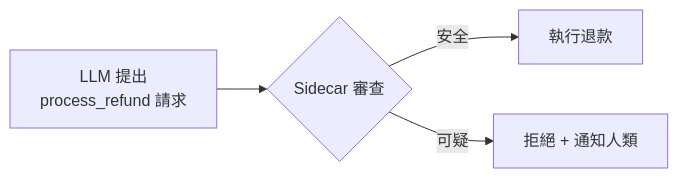
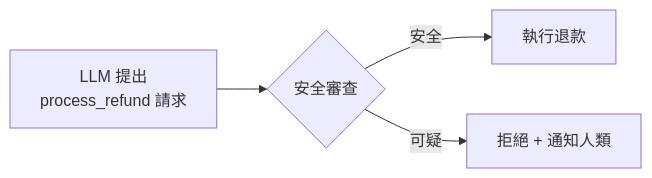
Before and after one commit to topllol821/AI-Agent-Book-Guide: the diagram in book/04-工具.md, drawn with Mermaid. The commit also changed other lines of this file and 15 other files, not shown here.

````diff
--- a/book/04-工具.md
+++ b/book/04-工具.md
@@ -185,6 +185,6 @@
 ```mermaid
 graph LR
-    A[LLM 提出<br/>process_refund 請求] --> B{Sidecar 審查}
+    A[LLM 提出<br/>process_refund 請求] --> B{安全審查}
     B -->|安全| C[執行退款]
     B -->|可疑| D[拒絕 + 通知人類]
 ```
````
